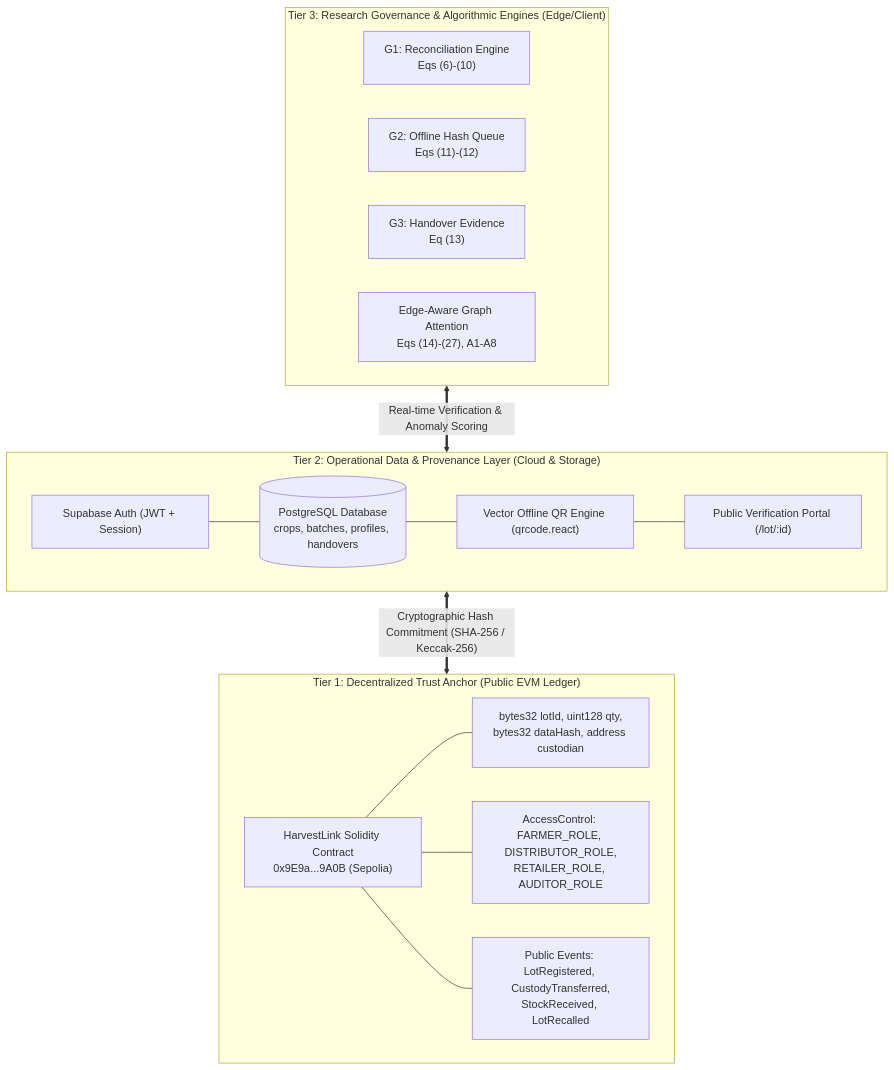
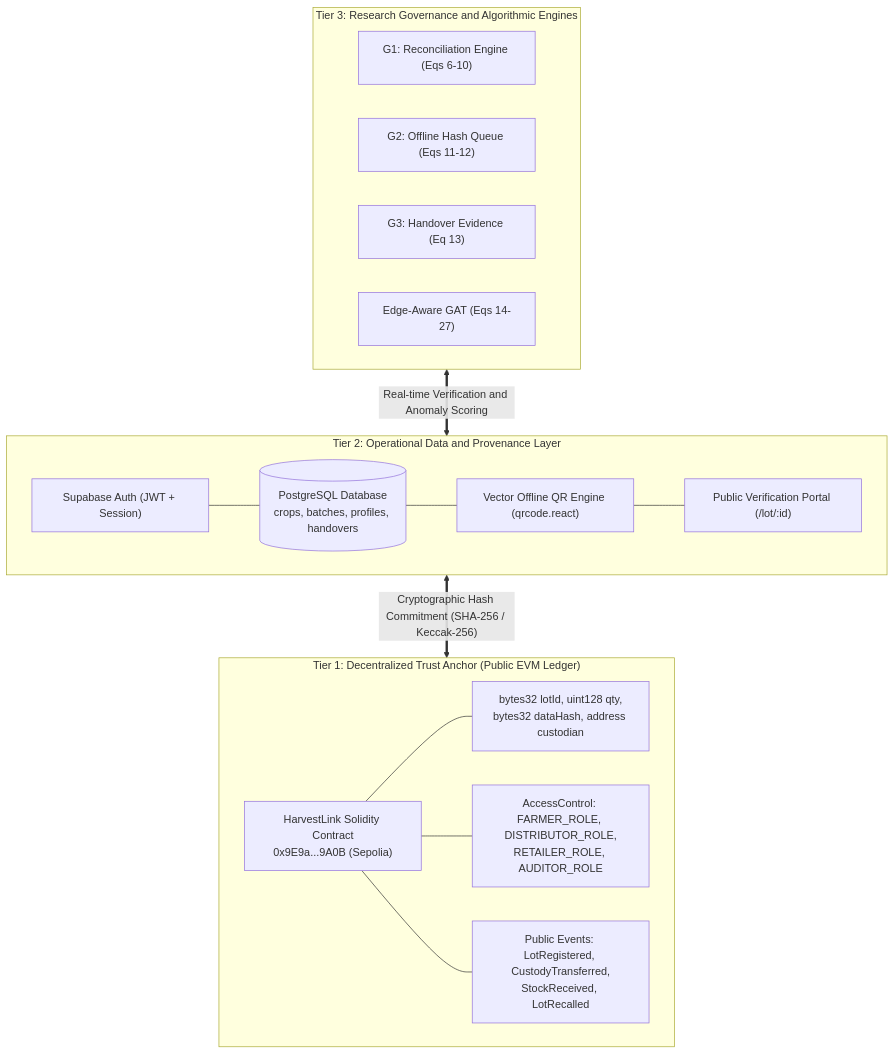
The first of 4 diagrams in README.md (VishalNandy17/harvest-link-chain), drawn with Mermaid before and after one commit. The commit also changed other lines of this file, not shown here.

````diff
--- a/README.md
+++ b/README.md
@@ -14,32 +14,32 @@
 ```mermaid
 flowchart TD
     subgraph Tier1["Tier 1: Decentralized Trust Anchor (Public EVM Ledger)"]
         SC["HarvestLink Solidity Contract<br/>0x9E9a...9A0B (Sepolia)"]
         LotReg["bytes32 lotId, uint128 qty,<br/>bytes32 dataHash, address custodian"]
         Roles["AccessControl: FARMER_ROLE, DISTRIBUTOR_ROLE,<br/>RETAILER_ROLE, AUDITOR_ROLE"]
         Events["Public Events: LotRegistered, CustodyTransferred,<br/>StockReceived, LotRecalled"]
         SC --- LotReg
         SC --- Roles
         SC --- Events
     end
 
-    subgraph Tier2["Tier 2: Operational Data &amp; Provenance Layer (Cloud &amp; Storage)"]
+    subgraph Tier2["Tier 2: Operational Data and Provenance Layer"]
         SB_Auth["Supabase Auth (JWT + Session)"]
         SB_DB[("PostgreSQL Database<br/>crops, batches, profiles, handovers")]
         QR_Engine["Vector Offline QR Engine (qrcode.react)"]
         Public_Portal["Public Verification Portal (/lot/:id)"]
         SB_Auth --- SB_DB
         SB_DB --- QR_Engine
         QR_Engine --- Public_Portal
     end
 
-    subgraph Tier3["Tier 3: Research Governance &amp; Algorithmic Engines (Edge/Client)"]
-        G1["G1: Reconciliation Engine<br/>Eqs (6)-(10)"]
-        G2["G2: Offline Hash Queue<br/>Eqs (11)-(12)"]
-        G3["G3: Handover Evidence<br/>Eq (13)"]
-        GAT["Edge-Aware Graph Attention<br/>Eqs (14)-(27), A1-A8"]
+    subgraph Tier3["Tier 3: Research Governance and Algorithmic Engines"]
+        G1["G1: Reconciliation Engine (Eqs 6-10)"]
+        G2["G2: Offline Hash Queue (Eqs 11-12)"]
+        G3["G3: Handover Evidence (Eq 13)"]
+        GAT["Edge-Aware GAT (Eqs 14-27)"]
     end
 
     Tier2 <== "Cryptographic Hash Commitment (SHA-256 / Keccak-256)" ==> Tier1
-    Tier3 <== "Real-time Verification &amp; Anomaly Scoring" ==> Tier2
+    Tier3 <== "Real-time Verification and Anomaly Scoring" ==> Tier2
 ```
````
